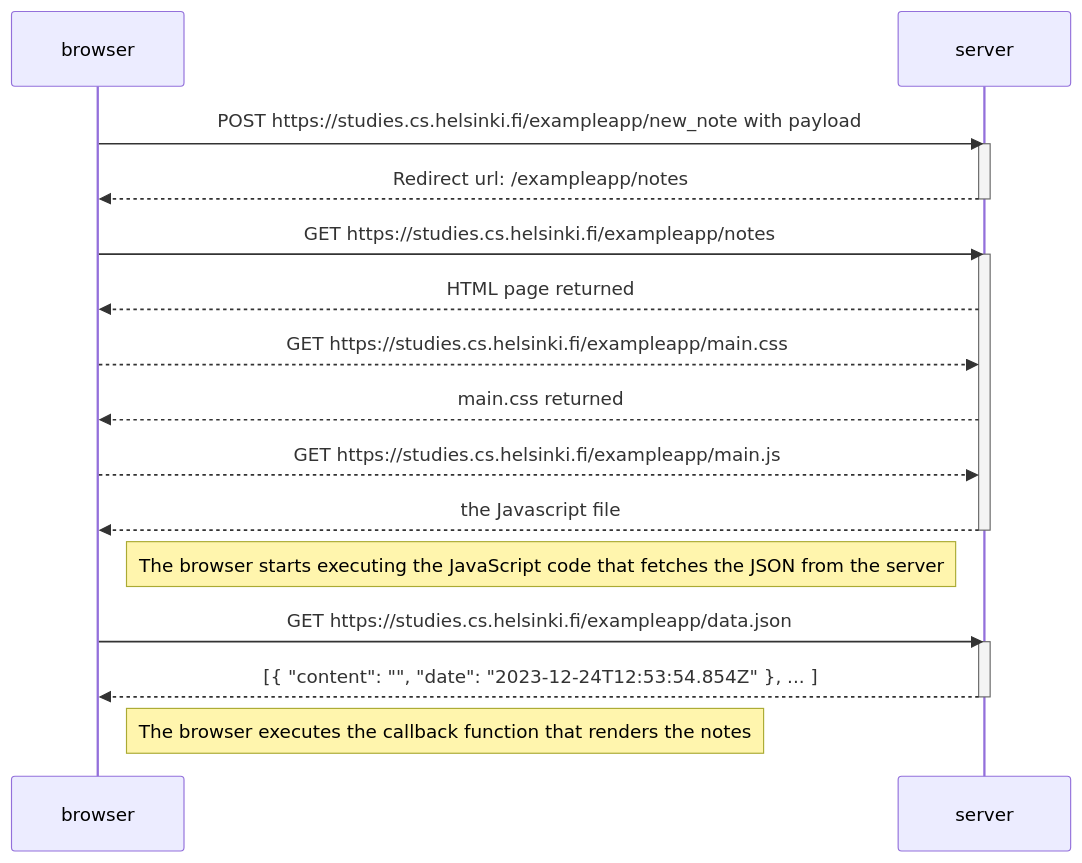
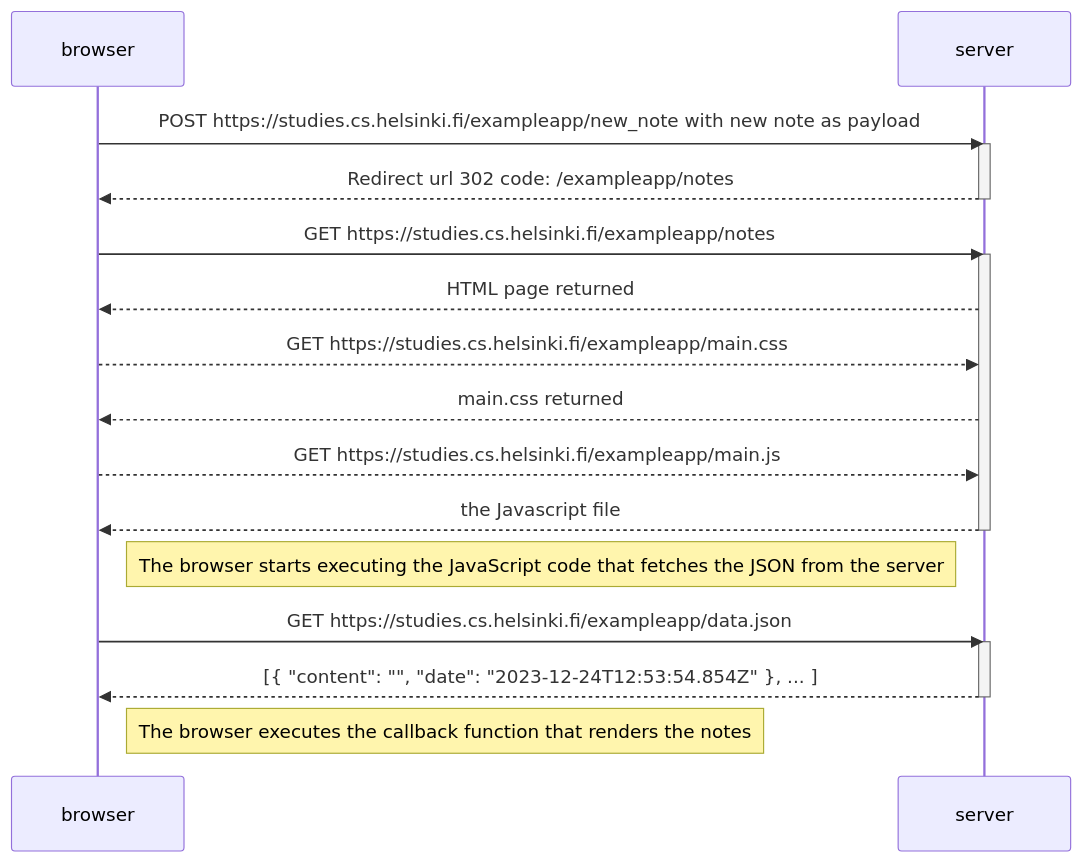
Before and after one commit to abhishek2175/fullstackopen: the diagram in part0/0_4_exercise.md, drawn with Mermaid. The commit also changed 1 other file, not shown here.

````diff
--- a/part0/0_4_exercise.md
+++ b/part0/0_4_exercise.md
@@ -1,28 +1,28 @@
 ```mermaid
 sequenceDiagram
     participant browser
     participant server
 
-    browser->>server: POST https://studies.cs.helsinki.fi/exampleapp/new_note with payload
+    browser->>server: POST https://studies.cs.helsinki.fi/exampleapp/new_note with new note as payload
     activate server
-    server-->>browser: Redirect url: /exampleapp/notes
+    server-->>browser: Redirect url 302 code: /exampleapp/notes
     deactivate server
 
     browser->>server: GET https://studies.cs.helsinki.fi/exampleapp/notes
     activate server
     server-->>browser: HTML page returned
     browser-->>server: GET https://studies.cs.helsinki.fi/exampleapp/main.css
     server-->>browser: main.css returned
     browser-->>server: GET https://studies.cs.helsinki.fi/exampleapp/main.js
     server-->>browser: the Javascript file
     deactivate server
 
     Note right of browser: The browser starts executing the JavaScript code that fetches the JSON from the server
 
     browser->>server: GET https://studies.cs.helsinki.fi/exampleapp/data.json
     activate server
     server-->>browser: [{ "content": "", "date": "2023-12-24T12:53:54.854Z" }, ... ]
     deactivate server
 
     Note right of browser: The browser executes the callback function that renders the notes
 ```
````
